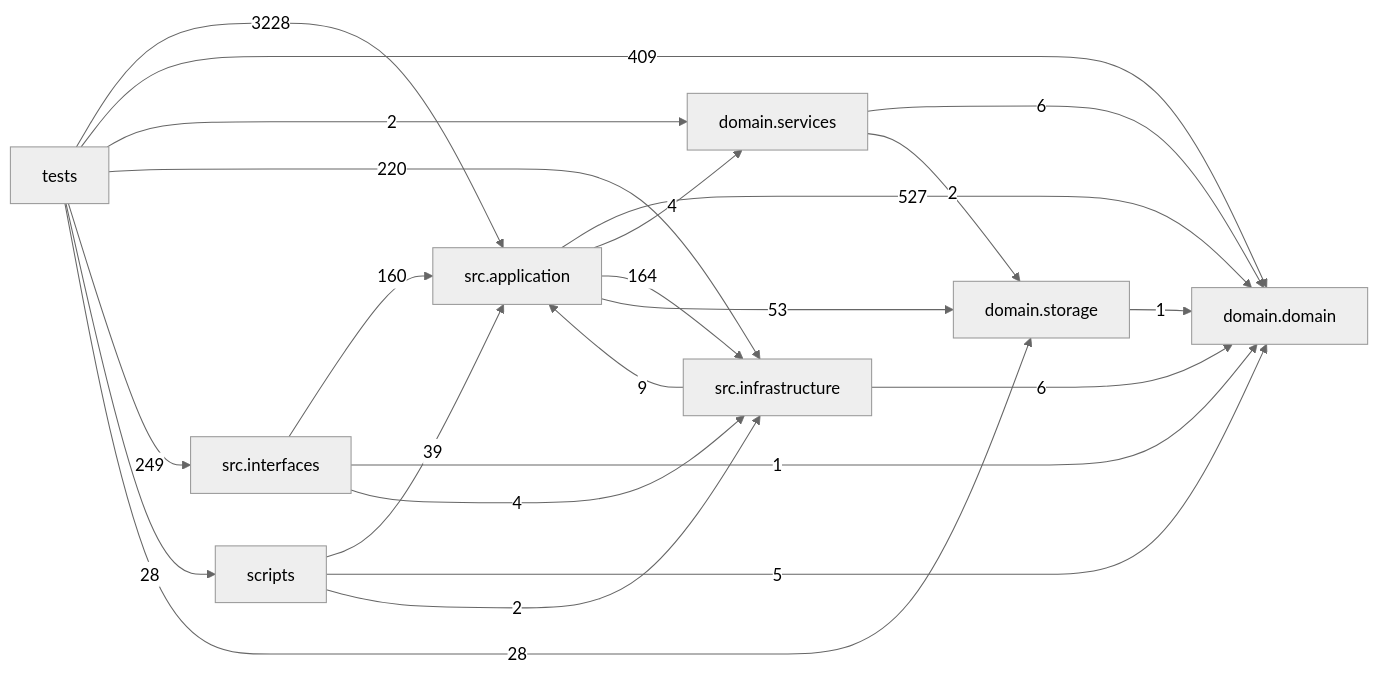
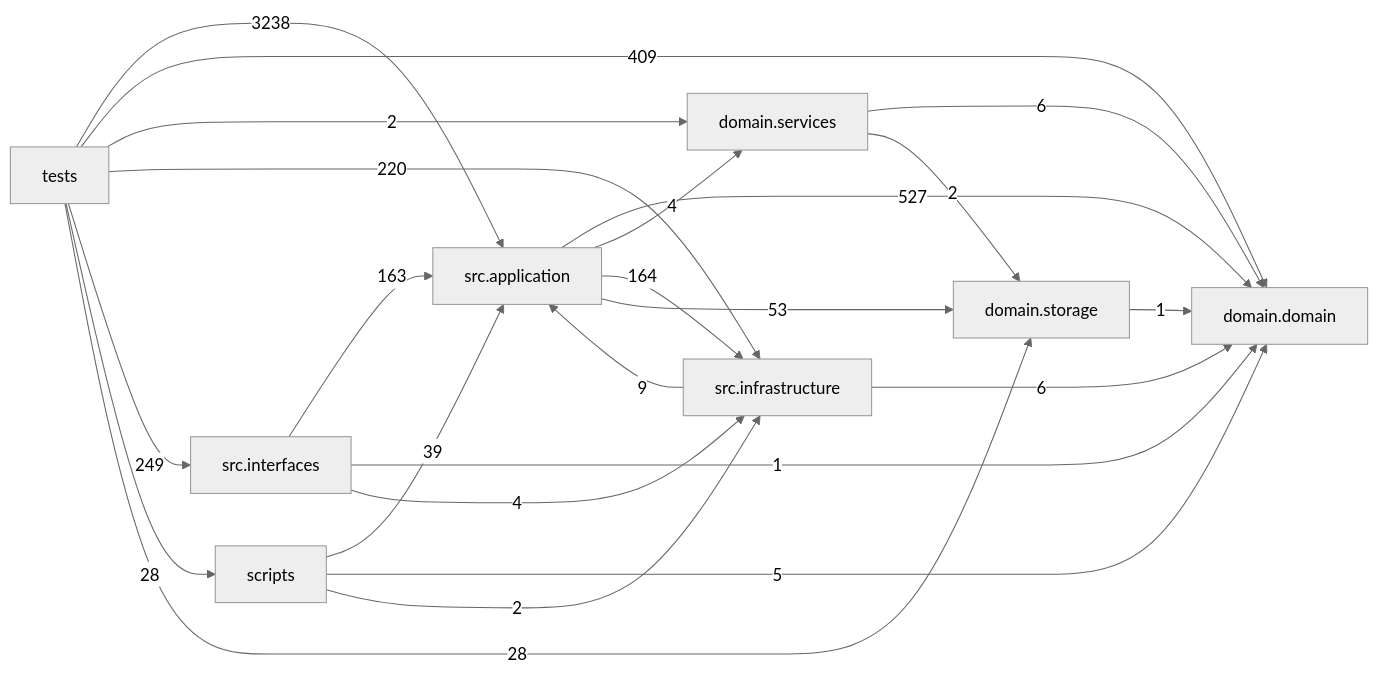
Before and after one commit to liuxie066/options-monitor: the diagram in docs/DEPENDENCY_GRAPH.md, drawn with Mermaid (neutral theme). The commit also changed other lines of this file and 20 other files, not shown here.

````diff
--- a/docs/DEPENDENCY_GRAPH.md
+++ b/docs/DEPENDENCY_GRAPH.md
@@ -24,33 +24,33 @@
 ```mermaid
 flowchart LR
   tests["tests"]
   scripts["scripts"]
   interfaces["src.interfaces"]
   application["src.application"]
   infrastructure["src.infrastructure"]
   domain_services["domain.services"]
   domain["domain.domain"]
   storage["domain.storage"]
   application -->|527| domain
   application -->|4| domain_services
   application -->|164| infrastructure
   application -->|53| storage
   domain_services -->|6| domain
   domain_services -->|2| storage
   infrastructure -->|9| application
   infrastructure -->|6| domain
-  interfaces -->|160| application
+  interfaces -->|163| application
   interfaces -->|1| domain
   interfaces -->|4| infrastructure
   scripts -->|39| application
   scripts -->|5| domain
   scripts -->|2| infrastructure
   storage -->|1| domain
-  tests -->|3228| application
+  tests -->|3238| application
   tests -->|409| domain
   tests -->|2| domain_services
   tests -->|220| infrastructure
   tests -->|249| interfaces
   tests -->|28| scripts
   tests -->|28| storage
 ```
````
